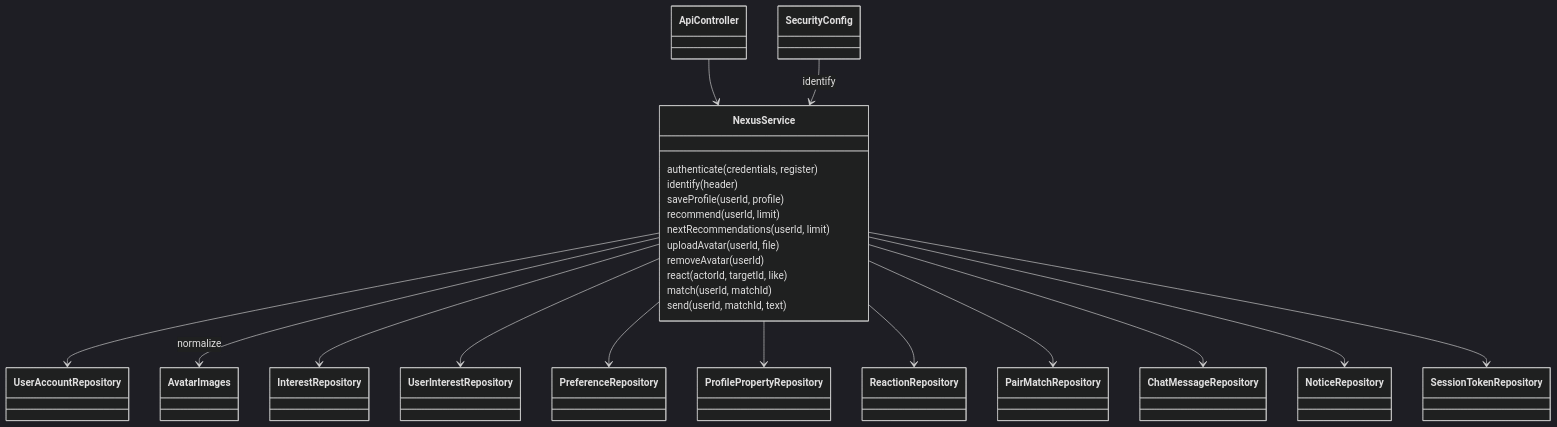
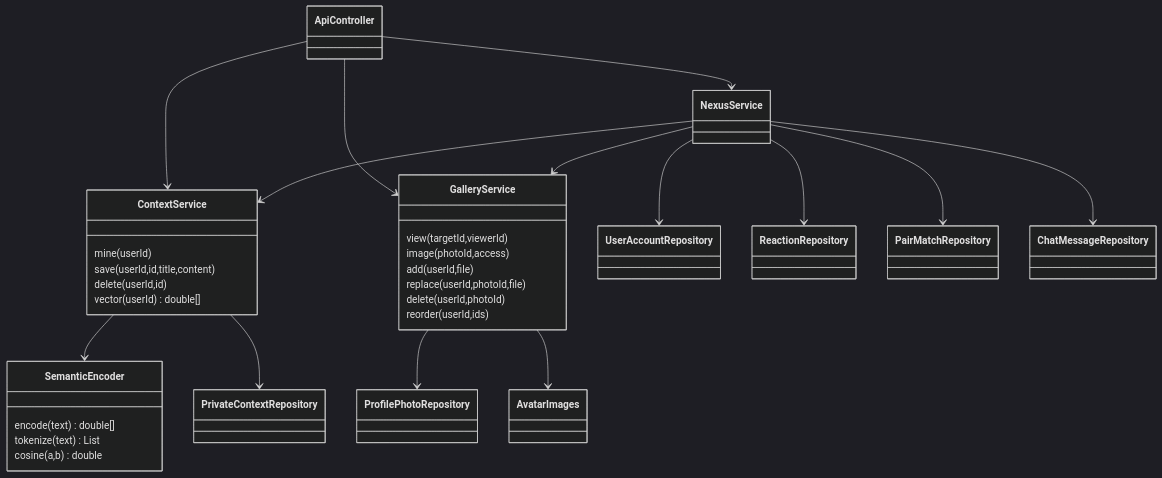
Before and after one commit to SMART-DATING/nexus-docs: the diagram in diagrams/UML.md, drawn with Mermaid (dark theme). The commit also changed other lines of this file and 16 other files, not shown here.

Commit message:
Document private semantic matchmaking and reciprocal six-photo disclosure

````diff
--- a/diagrams/UML.md
+++ b/diagrams/UML.md
@@ -2,28 +3,35 @@
 ```mermaid
 classDiagram
-  ApiController --> NexusService
-  SecurityConfig --> NexusService : identify
-  NexusService --> UserAccountRepository
-  NexusService --> AvatarImages : normalize
-  NexusService --> InterestRepository
-  NexusService --> UserInterestRepository
-  NexusService --> PreferenceRepository
-  NexusService --> ProfilePropertyRepository
-  NexusService --> ReactionRepository
-  NexusService --> PairMatchRepository
-  NexusService --> ChatMessageRepository
-  NexusService --> NoticeRepository
-  NexusService --> SessionTokenRepository
-  class NexusService {
-    authenticate(credentials, register)
-    identify(header)
-    saveProfile(userId, profile)
-    recommend(userId, limit)
-    nextRecommendations(userId, limit)
-    uploadAvatar(userId, file)
-    removeAvatar(userId)
-    react(actorId, targetId, like)
-    match(userId, matchId)
-    send(userId, matchId, text)
-  }
+ ApiController --> NexusService
+ ApiController --> ContextService
+ ApiController --> GalleryService
+ NexusService --> ContextService
+ NexusService --> GalleryService
+ ContextService --> SemanticEncoder
+ ContextService --> PrivateContextRepository
+ GalleryService --> ProfilePhotoRepository
+ GalleryService --> AvatarImages
+ NexusService --> UserAccountRepository
+ NexusService --> ReactionRepository
+ NexusService --> PairMatchRepository
+ NexusService --> ChatMessageRepository
+ class SemanticEncoder {
+  encode(text) double[]
+  tokenize(text) List
+  cosine(a,b) double
+ }
+ class ContextService {
+  mine(userId)
+  save(userId,id,title,content)
+  delete(userId,id)
+  vector(userId) double[]
+ }
+ class GalleryService {
+  view(targetId,viewerId)
+  image(photoId,access)
+  add(userId,file)
+  replace(userId,photoId,file)
+  delete(userId,photoId)
+  reorder(userId,ids)
+ }
 ```
````
